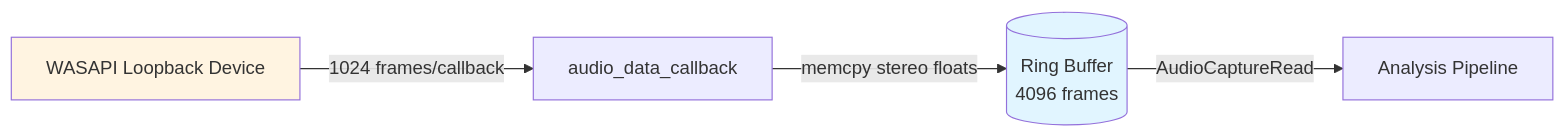
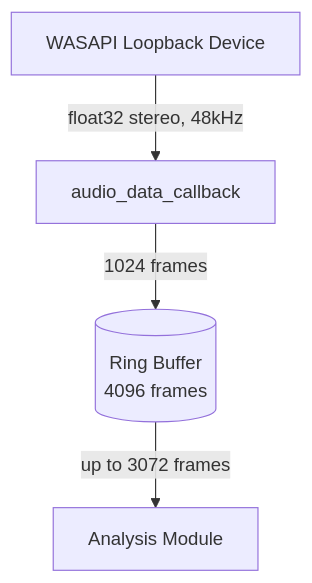
One commit to EvanLavender13/audio-jones changed the diagram in docs/modules/audio.md. Above: the diagram before and after it, drawn with Mermaid. The commit also changed other lines of this file and 11 other files, not shown here.

````diff
--- a/docs/modules/audio.md
+++ b/docs/modules/audio.md
@@ -15,9 +13,6 @@
 ```mermaid
-flowchart LR
-    WASAPI[WASAPI Loopback Device] -->|1024 frames/callback| Callback[audio_data_callback]
-    Callback -->|memcpy stereo floats| RingBuffer[(Ring Buffer<br/>4096 frames)]
-    RingBuffer -->|AudioCaptureRead| Consumer[Analysis Pipeline]
-
-    style RingBuffer fill:#e1f5ff
-    style WASAPI fill:#fff4e1
+graph TD
+    WASAPI[WASAPI Loopback Device] -->|float32 stereo, 48kHz| Callback[audio_data_callback]
+    Callback -->|1024 frames| RB[(Ring Buffer<br>4096 frames)]
+    RB -->|up to 3072 frames| Consumer[Analysis Module]
 ```
````
